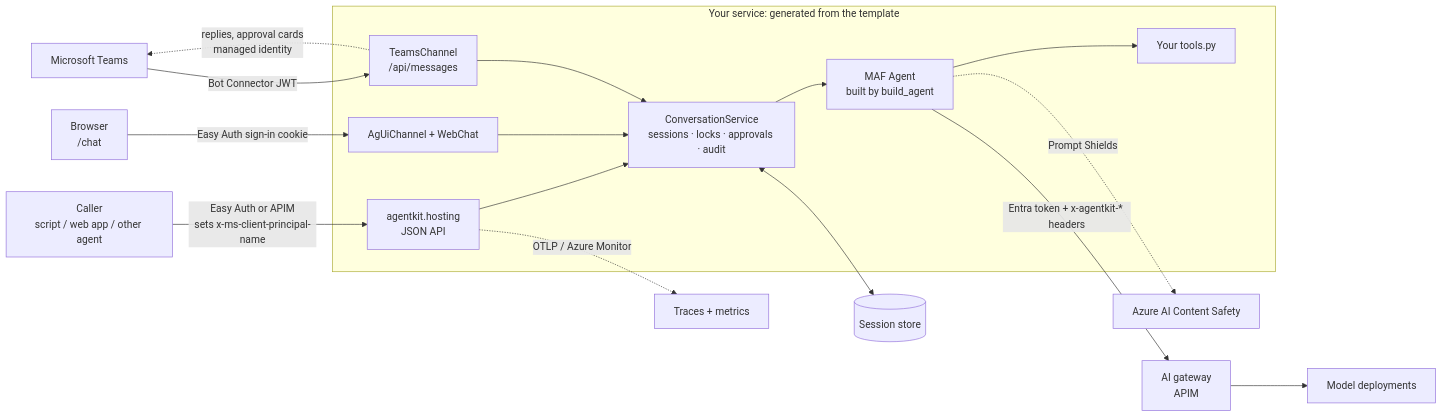
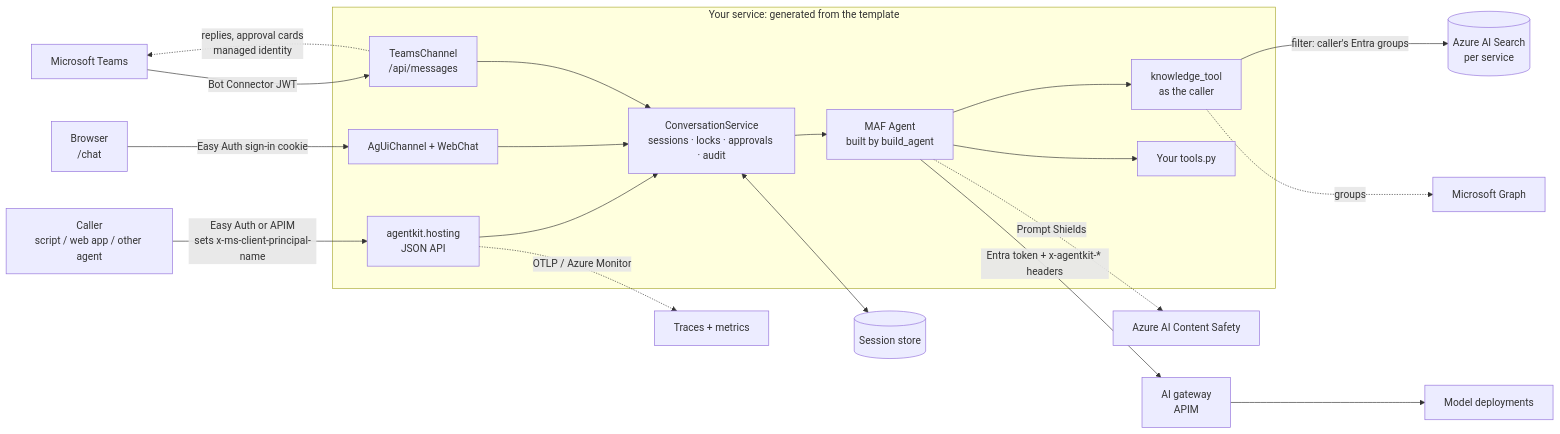
One commit to bensunder/maf-golden-path changed the first of 2 diagrams in docs/architecture.md. Above: the diagram before and after it, drawn with Mermaid. The commit also changed other lines of this file and 15 other files, not shown here.

````diff
--- a/docs/architecture.md
+++ b/docs/architecture.md
@@ -5,19 +5,22 @@
 ```mermaid
 flowchart LR
     U[Caller<br/>script / web app / other agent] -->|Easy Auth or APIM<br/>sets x-ms-client-principal-name| H
     B[Browser<br/>/chat] -->|Easy Auth sign-in cookie| W
     TM[Microsoft Teams] -->|Bot Connector JWT| TC
     subgraph svc[Your service: generated from the template]
       H[agentkit.hosting<br/>JSON API] --> CS2[ConversationService<br/>sessions · locks · approvals · audit]
       W[AgUiChannel + WebChat] --> CS2
       TC[TeamsChannel<br/>/api/messages] --> CS2
       CS2 --> A[MAF Agent<br/>built by build_agent]
+      A --> K[knowledge_tool<br/>as the caller]
       A --> T[Your tools.py]
     end
     A -->|Entra token + x-agentkit-* headers| G[AI gateway<br/>APIM]
     G --> M[Model deployments]
     A -.->|Prompt Shields| CS[Azure AI Content Safety]
     H -.->|OTLP / Azure Monitor| O[Traces + metrics]
     CS2 <--> S[(Session store)]
+    K -->|filter: caller's Entra groups| AIS[(Azure AI Search<br/>per service)]
+    K -.->|groups| GR[Microsoft Graph]
     TC -.->|replies, approval cards<br/>managed identity| TM
 ```
````
